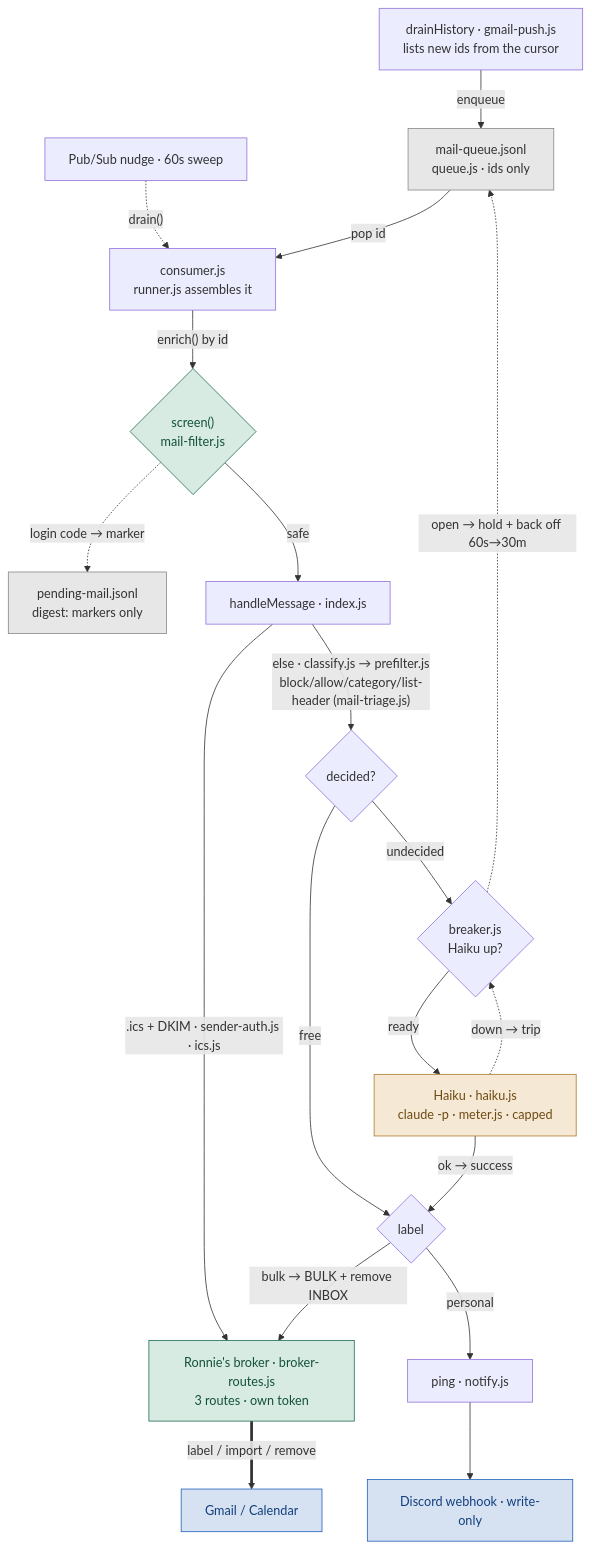
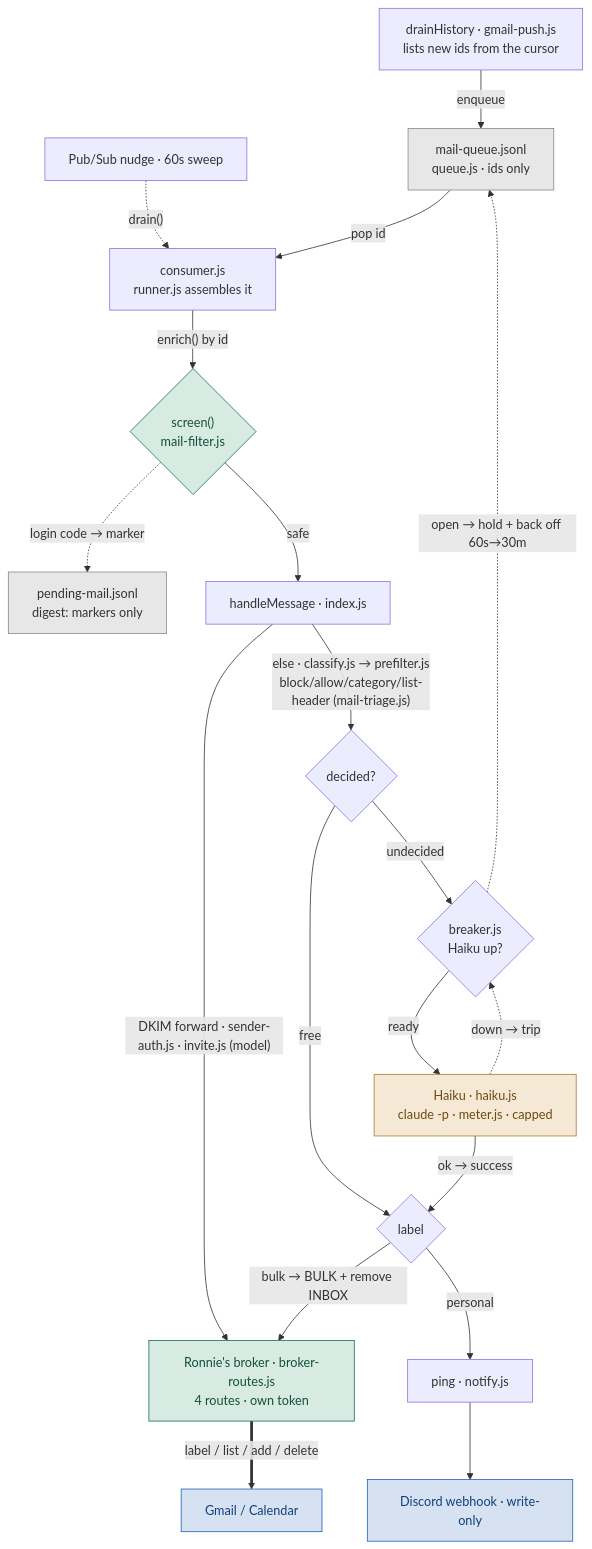
The third of 6 diagrams in SYSTEM-MAP.md (KubaJerz/alfred-node), drawn with Mermaid before and after one commit. The commit also changed other lines of this file and 13 other files, not shown here.

First line of the commit message:
feat: forwarded-invite handler — one model path, drop the .ics parser

````diff
--- a/SYSTEM-MAP.md
+++ b/SYSTEM-MAP.md
@@ -174,30 +174,30 @@
 ```mermaid
 flowchart TD
     D["drainHistory · gmail-push.js<br/>lists new ids from the cursor"] -->|"enqueue"| Q["mail-queue.jsonl<br/>queue.js · ids only"]
     T["Pub/Sub nudge · 60s sweep"] -.->|"drain()"| C
     Q -->|"pop id"| C["consumer.js<br/>runner.js assembles it"]
     C -->|"enrich() by id"| SC{"screen()<br/>mail-filter.js"}
     SC -.->|"login code → marker"| BUF["pending-mail.jsonl<br/>digest: markers only"]
     SC -->|"safe"| H["handleMessage · index.js"]
-    H -->|".ics + DKIM · sender-auth.js · ics.js"| RBR
+    H -->|"DKIM forward · sender-auth.js · invite.js (model)"| RBR
     H -->|"else · classify.js → prefilter.js<br/>block/allow/category/list-header (mail-triage.js)"| PF{"decided?"}
     PF -->|"free"| ACT
     PF -->|"undecided"| BR{"breaker.js<br/>Haiku up?"}
     BR -->|"ready"| HK["Haiku · haiku.js<br/>claude -p · meter.js · capped"]
     BR -.->|"open → hold + back off 60s→30m"| Q
     HK -->|"ok → success"| ACT{"label"}
     HK -.->|"down → trip"| BR
     ACT -->|"bulk → BULK + remove INBOX"| RBR
     ACT -->|"personal"| PING["ping · notify.js"]
-    RBR["Ronnie's broker · broker-routes.js<br/>3 routes · own token"] ==>|"label / import / remove"| GM["Gmail / Calendar"]
+    RBR["Ronnie's broker · broker-routes.js<br/>4 routes · own token"] ==>|"label / list / add / delete"| GM["Gmail / Calendar"]
     PING --> DIS["Discord webhook · write-only"]
 
     classDef external fill:#d6e2f2,stroke:#1f5fb8,color:#123f7d
     classDef gateway fill:#d8ebe2,stroke:#1b6b52,color:#12503c
     classDef agent fill:#f5e8d5,stroke:#b07a2a,color:#6e4a12
     classDef store fill:#e7e7e7,stroke:#888,color:#333
     class GM,DIS external
     class SC,RBR gateway
     class HK agent
     class Q,BUF store
 ```
````
